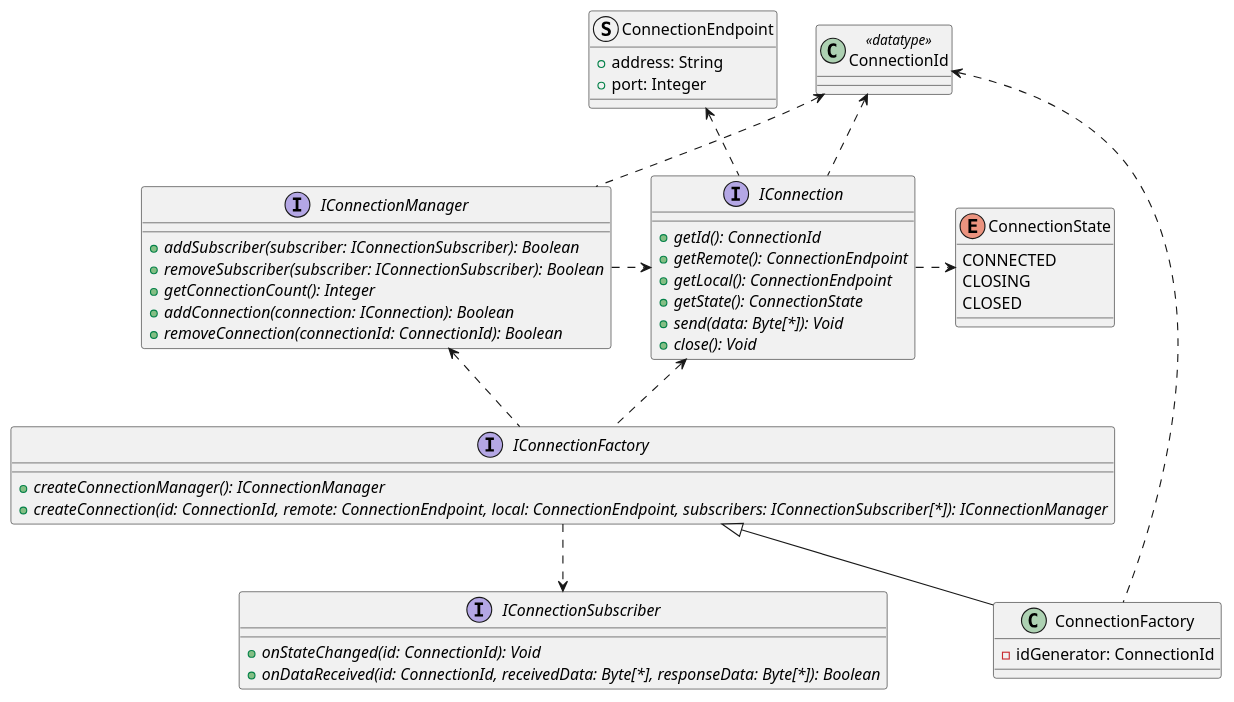
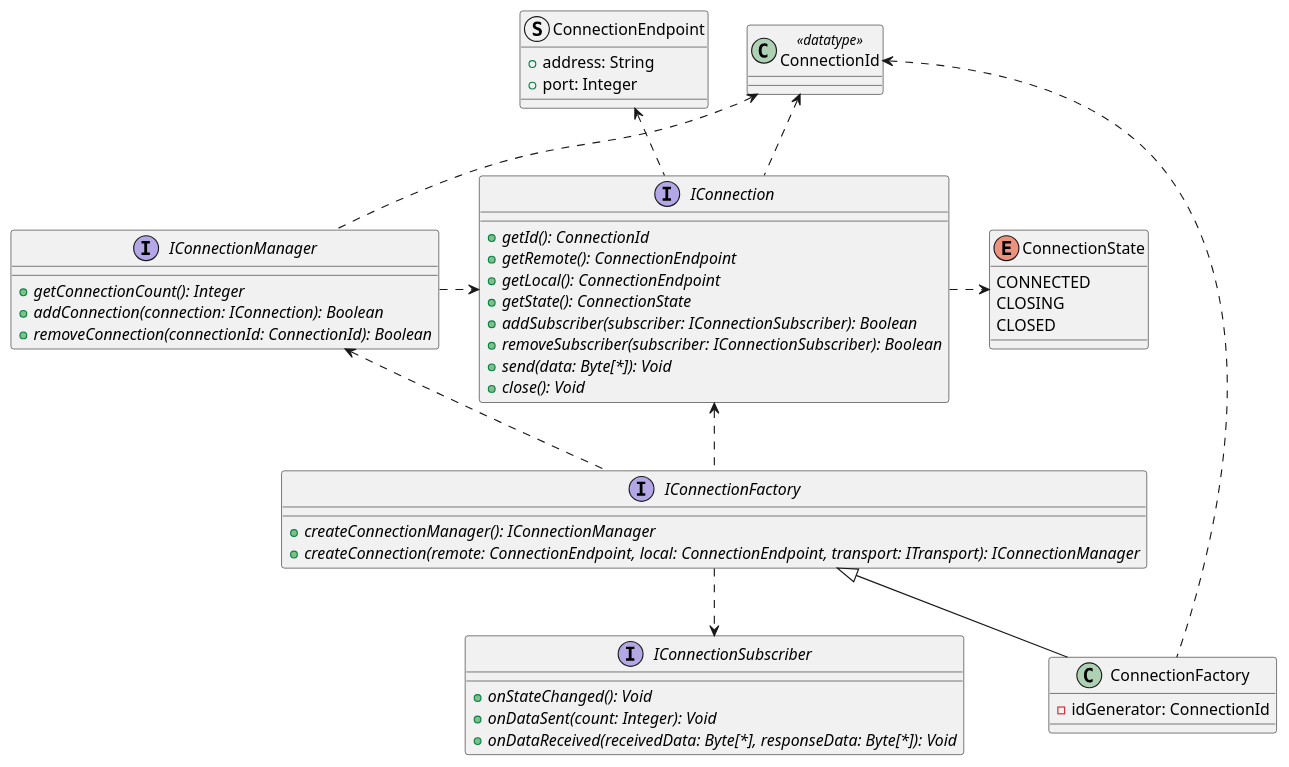
One commit to nghdang/connix changed the diagram in docs/architecture/05_building_block_view/communication/connection_layer/interface_view.puml. Above: the diagram before and after it, drawn with PlantUML. The commit also changed 10 other files, not shown here.

Commit message:
fix: allow to add connection subscribers later

```diff
--- a/docs/architecture/05_building_block_view/communication/connection_layer/interface_view.puml
+++ b/docs/architecture/05_building_block_view/communication/connection_layer/interface_view.puml
@@ -1,63 +1,64 @@
 @startuml Connection Layer - Interface View
 
 class ConnectionId <<datatype>>
 
 enum ConnectionState {
     CONNECTED
     CLOSING
     CLOSED
 }
 
 struct ConnectionEndpoint {
     + address: String
     + port: Integer
 }
 
 interface IConnectionSubscriber {
-    + {abstract} onStateChanged(id: ConnectionId): Void
-    + {abstract} onDataReceived(id: ConnectionId, receivedData: Byte[*], responseData: Byte[*]): Boolean
+    + {abstract} onStateChanged(): Void
+    + {abstract} onDataSent(count: Integer): Void
+    + {abstract} onDataReceived(receivedData: Byte[*], responseData: Byte[*]): Void
 }
 
 interface IConnection {
     + {abstract} getId(): ConnectionId
     + {abstract} getRemote(): ConnectionEndpoint
     + {abstract} getLocal(): ConnectionEndpoint
     + {abstract} getState(): ConnectionState
+    + {abstract} addSubscriber(subscriber: IConnectionSubscriber): Boolean
+    + {abstract} removeSubscriber(subscriber: IConnectionSubscriber): Boolean
     + {abstract} send(data: Byte[*]): Void
     + {abstract} close(): Void
 }
 
 interface IConnectionManager {
-    + {abstract} addSubscriber(subscriber: IConnectionSubscriber): Boolean
-    + {abstract} removeSubscriber(subscriber: IConnectionSubscriber): Boolean
     + {abstract} getConnectionCount(): Integer
     + {abstract} addConnection(connection: IConnection): Boolean
     + {abstract} removeConnection(connectionId: ConnectionId): Boolean
 }
 
 interface IConnectionFactory {
     + {abstract} createConnectionManager(): IConnectionManager
-    + {abstract} createConnection(id: ConnectionId, remote: ConnectionEndpoint, local: ConnectionEndpoint, subscribers: IConnectionSubscriber[*]): IConnectionManager
+    + {abstract} createConnection(remote: ConnectionEndpoint, local: ConnectionEndpoint, transport: ITransport): IConnectionManager
 }
 
 class ConnectionFactory {
     - idGenerator: ConnectionId
 }
 
 ConnectionId <.. IConnectionManager
 
 ConnectionId <.. IConnection
 ConnectionEndpoint <.. IConnection
 ConnectionState <.left. IConnection
 
 IConnectionManager .right.> IConnection
 
 IConnectionManager <.. IConnectionFactory
 IConnection <.. IConnectionFactory
 
 IConnectionFactory ..> IConnectionSubscriber
 
 ConnectionId <.. ConnectionFactory
 IConnectionFactory <|-- ConnectionFactory
 
 @enduml
```
